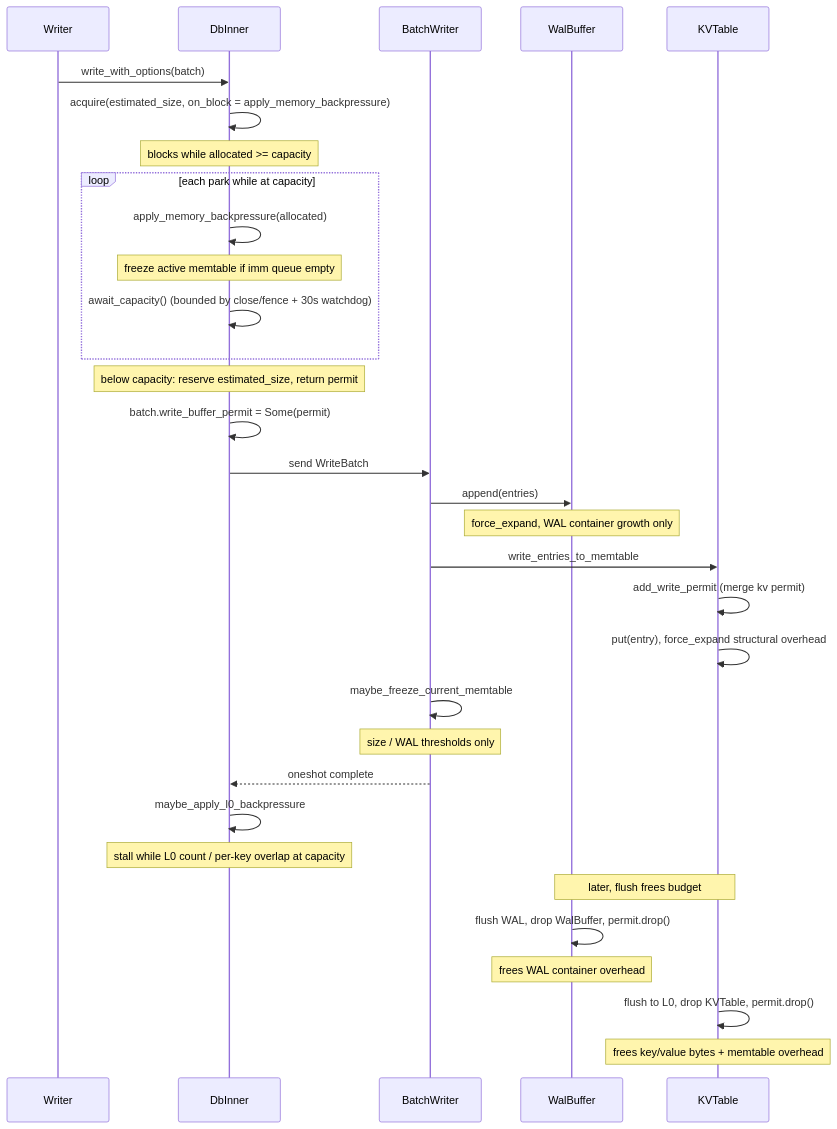
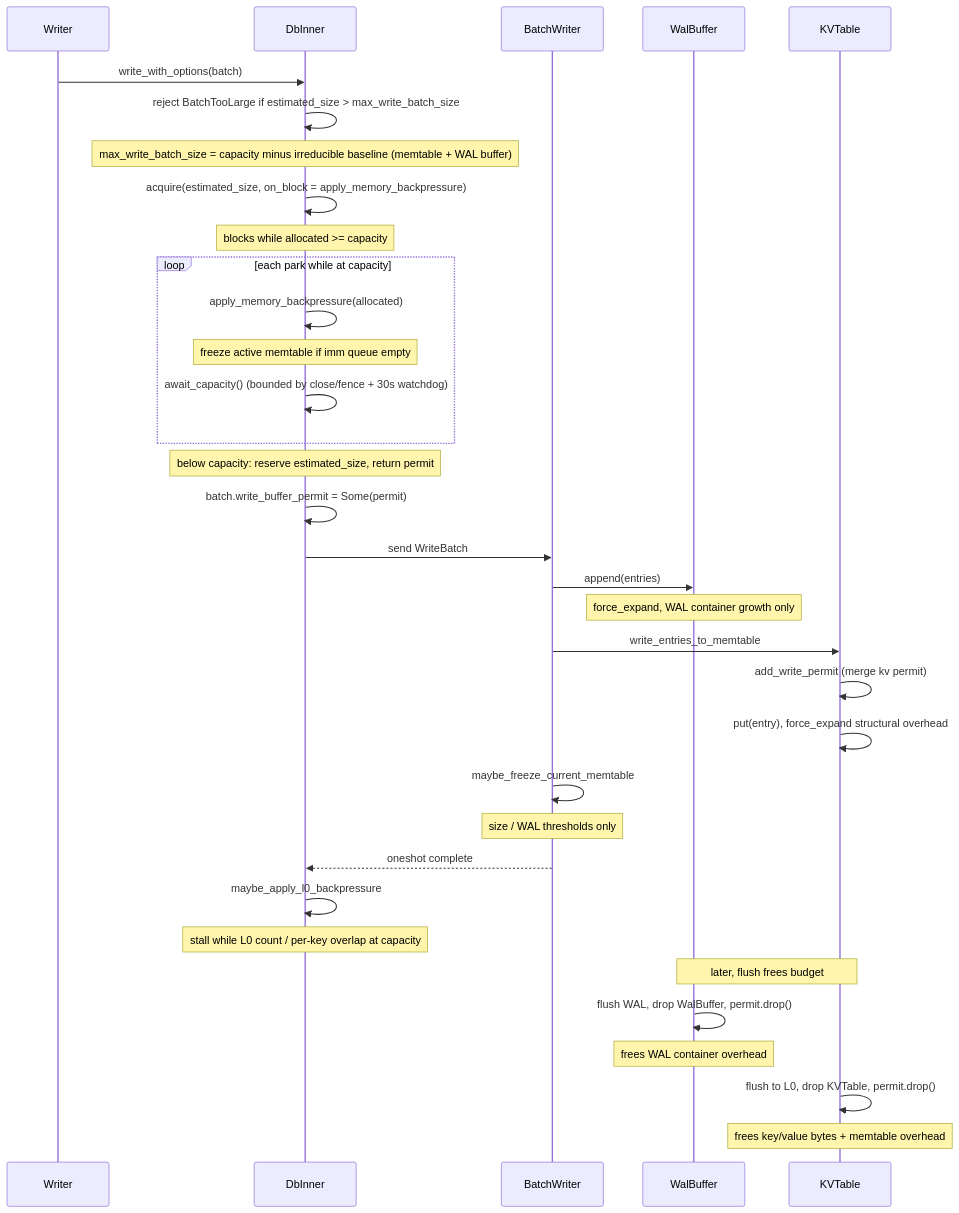
The diagram in rfcs/0029-write-buffer-manager.md (slatedb/slatedb), drawn with Mermaid before and after one commit. The commit also changed other lines of this file, not shown here.

````diff
--- a/rfcs/0029-write-buffer-manager.md
+++ b/rfcs/0029-write-buffer-manager.md
@@ -244,38 +247,40 @@
 ```mermaid
 sequenceDiagram
     participant W as Writer
     participant DB as DbInner
     participant BW as BatchWriter
     participant WAL as WalBuffer
     participant MT as KVTable
 
     W->>DB: write_with_options(batch)
+    DB->>DB: reject BatchTooLarge if estimated_size > max_write_batch_size
+    Note over DB: max_write_batch_size = capacity minus irreducible baseline (memtable + WAL buffer)
     DB->>DB: acquire(estimated_size, on_block = apply_memory_backpressure)
     Note over DB: blocks while allocated >= capacity
     loop each park while at capacity
         DB->>DB: apply_memory_backpressure(allocated)
         Note over DB: freeze active memtable if imm queue empty
         DB->>DB: await_capacity() (bounded by close/fence + 30s watchdog)
     end
     Note over DB: below capacity: reserve estimated_size, return permit
     DB->>DB: batch.write_buffer_permit = Some(permit)
     DB->>BW: send WriteBatch
 
     BW->>WAL: append(entries)
     Note over WAL: force_expand, WAL container growth only
     BW->>MT: write_entries_to_memtable
     MT->>MT: add_write_permit (merge kv permit)
     MT->>MT: put(entry), force_expand structural overhead
     BW->>BW: maybe_freeze_current_memtable
     Note over BW: size / WAL thresholds only
     BW-->>DB: oneshot complete
 
     DB->>DB: maybe_apply_l0_backpressure
     Note over DB: stall while L0 count / per-key overlap at capacity
 
     Note over WAL,MT: later, flush frees budget
     WAL->>WAL: flush WAL, drop WalBuffer, permit.drop()
     Note over WAL: frees WAL container overhead
     MT->>MT: flush to L0, drop KVTable, permit.drop()
     Note over MT: frees key/value bytes + memtable overhead
 ```
````
